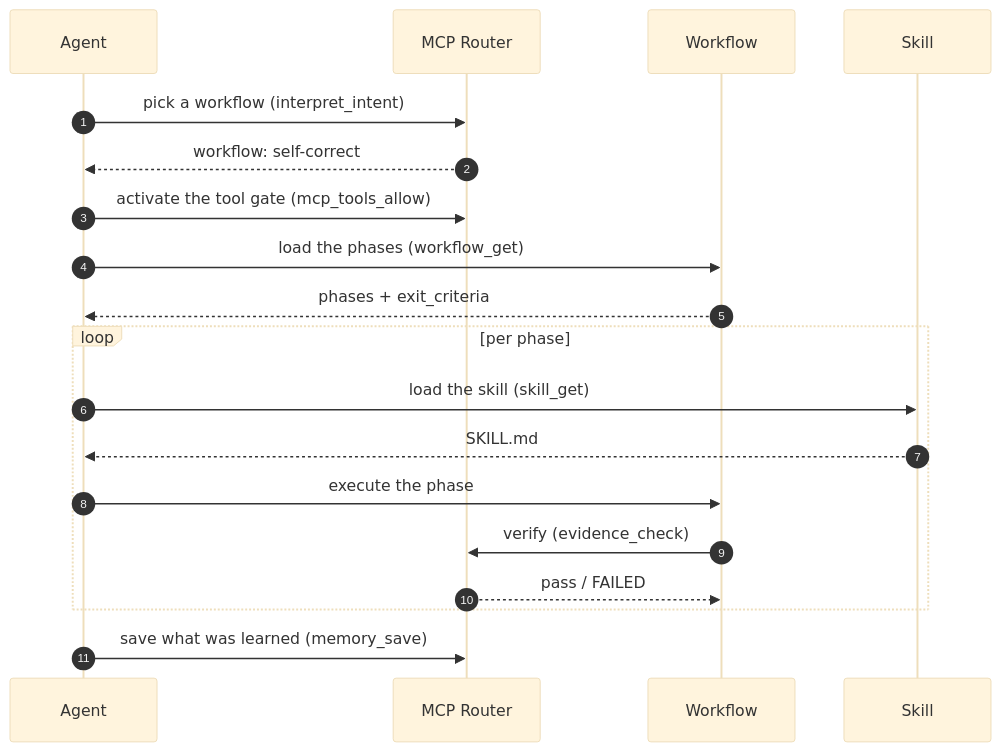
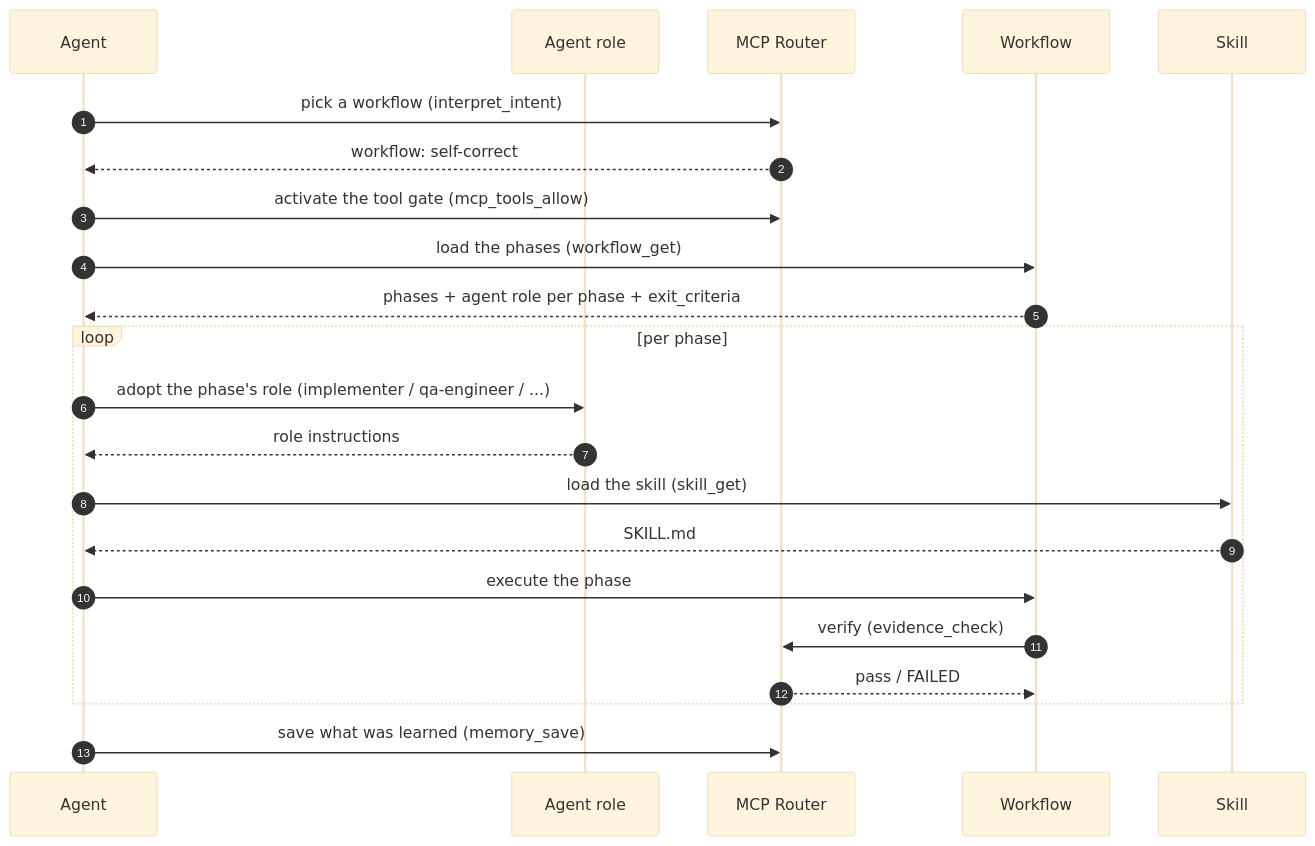
The diagram in README.md (parkwoo/wawoo-agent-skills), drawn with Mermaid (base theme) before and after one commit. The commit also changed 3 other files, not shown here.

Commit message:
docs: add the per-phase agent role to the sequence diagram (Agent / Agent role / MCP Router / Workflow / Skill)

````diff
--- a/README.md
+++ b/README.md
@@ -80,21 +80,24 @@
 ```mermaid
 sequenceDiagram
     autonumber
     participant A as Agent
+    participant G as Agent role
     participant R as MCP Router
     participant W as Workflow
     participant S as Skill
     A->>R: pick a workflow (interpret_intent)
     R-->>A: workflow: self-correct
     A->>R: activate the tool gate (mcp_tools_allow)
     A->>W: load the phases (workflow_get)
-    W-->>A: phases + exit_criteria
+    W-->>A: phases + agent role per phase + exit_criteria
     loop per phase
+        A->>G: adopt the phase's role (implementer / qa-engineer / ...)
+        G-->>A: role instructions
         A->>S: load the skill (skill_get)
         S-->>A: SKILL.md
         A->>W: execute the phase
         W->>R: verify (evidence_check)
         R-->>W: pass / FAILED
     end
     A->>R: save what was learned (memory_save)
 ```
````
